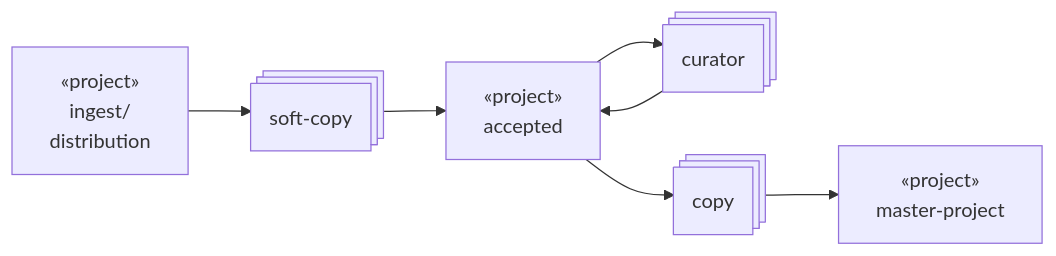
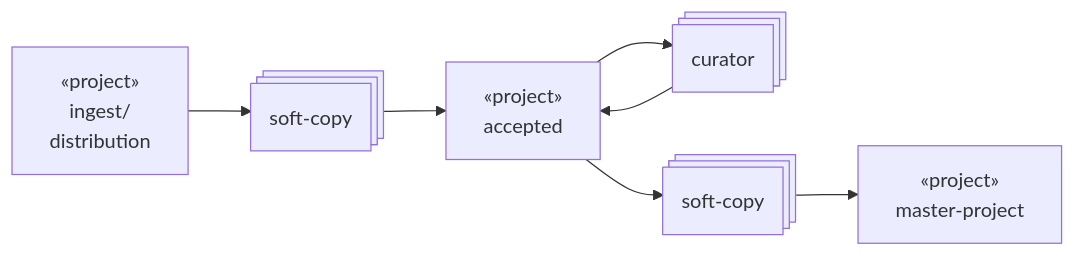
The diagram in docs/processes/curation.md (naccdata/flywheel-gear-extensions), drawn with Mermaid before and after one commit.

Commit message:
Fix curation diagram

````diff
--- a/docs/processes/curation.md
+++ b/docs/processes/curation.md
@@ -5,15 +5,15 @@
 ```mermaid
 flowchart LR
     A@{ shape: rect, label: "&laquo;project&raquo;\ningest/\ndistribution" }
     B@{ shape: rect, label: "&laquo;project&raquo;\naccepted" }
     C@{ shape: processes, label: "soft-copy" }
     D@{ shape: processes, label: "curator" }
-    E@{ shape: processes, label: "copy" }
+    E@{ shape: processes, label: "soft-copy" }
     F@{ shape: rect, label: "&laquo;project&raquo;\nmaster-project" }
     A --> C
     C --> B
     B --> D
     D --> B
     B --> E
     E --> F
 ```
````
